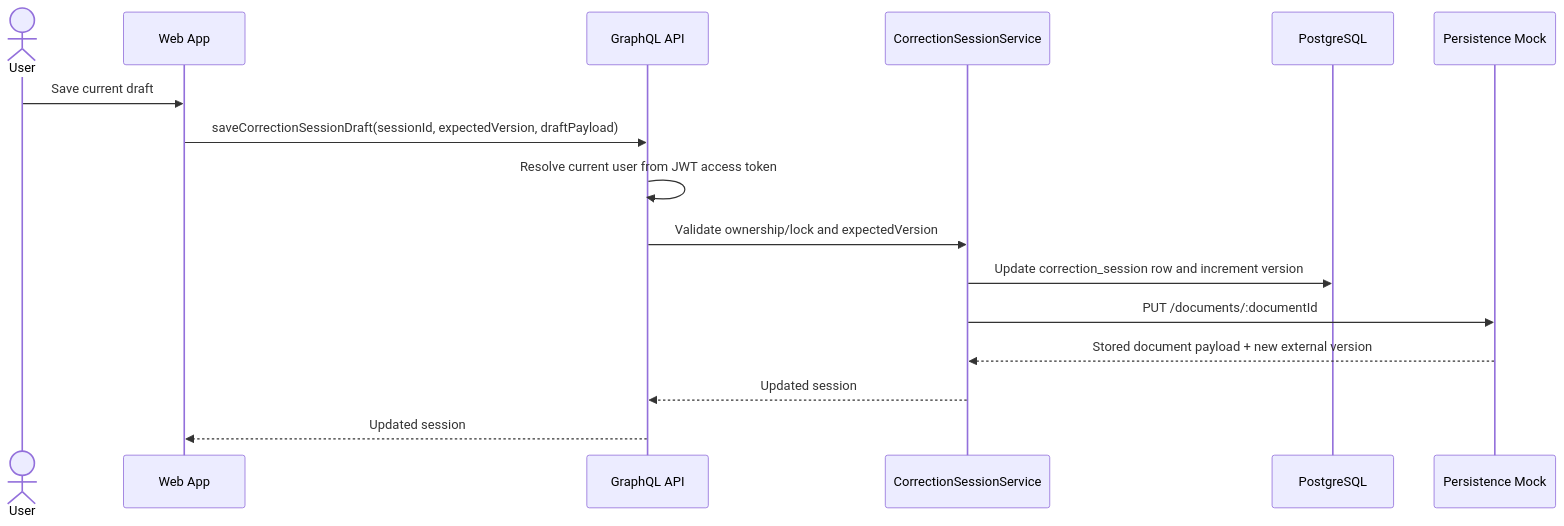
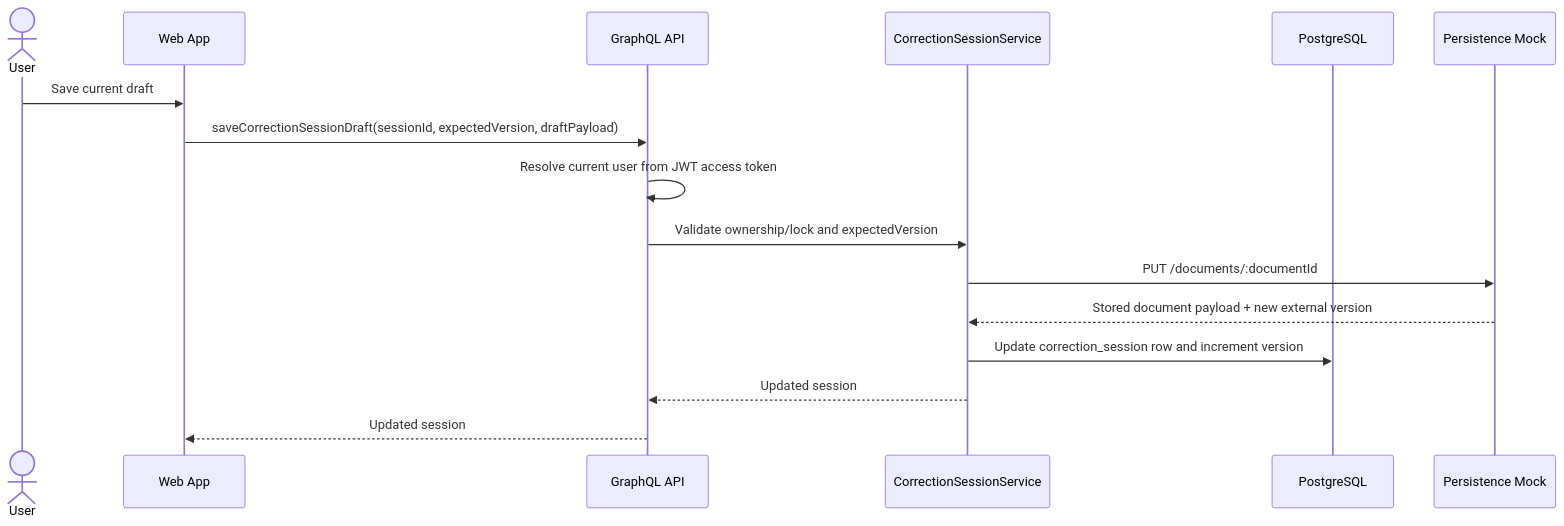
One commit to MarneusKalgar/aspectloop changed the fourth of 5 diagrams in docs/phase-1-backend-foundation-plan.md. Above: the diagram before and after it, drawn with Mermaid. The commit also changed other lines of this file and 10 other files, not shown here.

````diff
--- a/docs/phase-1-backend-foundation-plan.md
+++ b/docs/phase-1-backend-foundation-plan.md
@@ -165,19 +170,19 @@
 ```mermaid
 sequenceDiagram
   actor U as User
   participant FE as Web App
   participant API as GraphQL API
   participant SES as CorrectionSessionService
   participant DB as PostgreSQL
   participant PS as Persistence Mock
 
   U->>FE: Save current draft
   FE->>API: saveCorrectionSessionDraft(sessionId, expectedVersion, draftPayload)
   API->>API: Resolve current user from JWT access token
   API->>SES: Validate ownership/lock and expectedVersion
-  SES->>DB: Update correction_session row and increment version
   SES->>PS: PUT /documents/:documentId
   PS-->>SES: Stored document payload + new external version
+  SES->>DB: Update correction_session row and increment version
   SES-->>API: Updated session
   API-->>FE: Updated session
 ```
````
